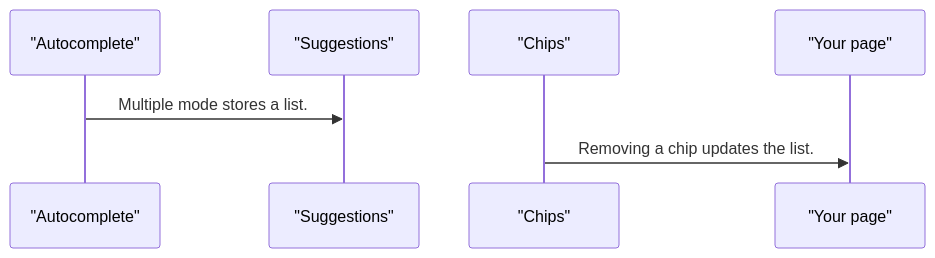
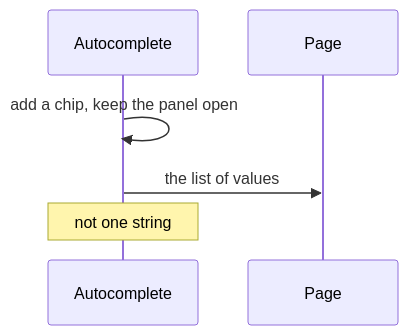
The third of 4 diagrams in projects/pixel-ui/src/lib/pixel-autocomplete/DESIGN.md (RajshekharBorate/pixel-ui), drawn with Mermaid before and after one commit. The commit also changed other lines of this file and 73 other files, not shown here.

Commit message:
Explain who owns each value and what each flow does in every component and service design.

````diff
--- a/projects/pixel-ui/src/lib/pixel-autocomplete/DESIGN.md
+++ b/projects/pixel-ui/src/lib/pixel-autocomplete/DESIGN.md
@@ -70,9 +88,8 @@
 ```mermaid
 sequenceDiagram
-  participant field as "Autocomplete"
-  participant panel as "Suggestions"
-  participant chips as "Chips"
-  participant page as "Your page"
-  field->>panel: Multiple mode stores a list.
-  chips->>page: Removing a chip updates the list.
+  participant Field as Autocomplete
+  participant Page
+  Field->>Field: add a chip, keep the panel open
+  Field->>Page: the list of values
+  Note over Field: not one string
 ```
````
